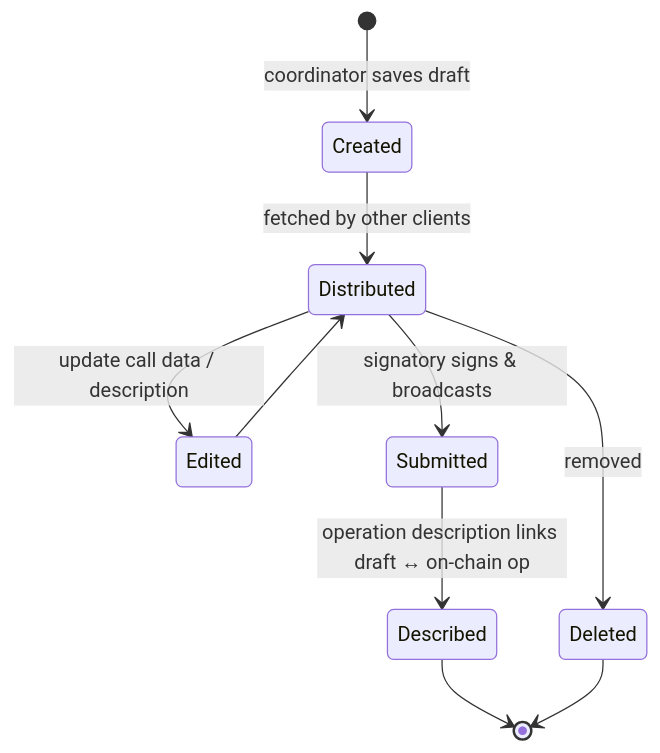
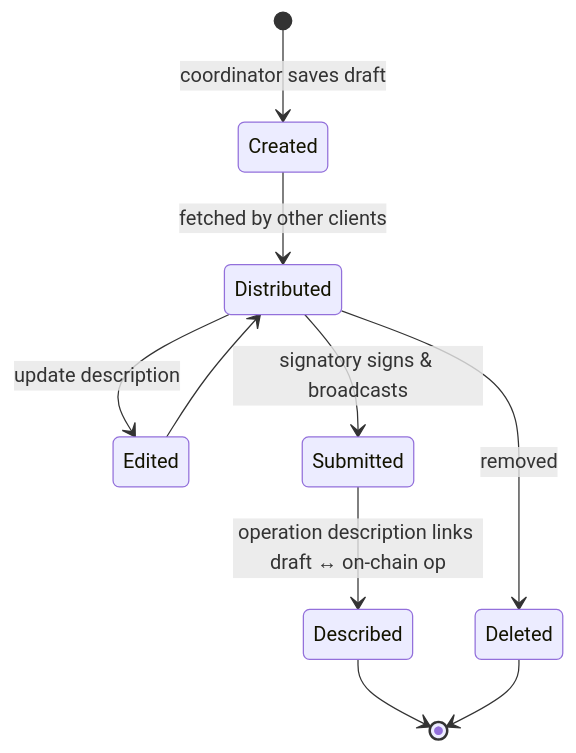
Before and after one commit to novasamatech/nova-spektr: the second of 2 diagrams in src/renderer/features/drafts/README.md, drawn with Mermaid. The commit also changed other lines of this file, not shown here.

Commit message:
docs: clarify only description is editable, call data is not

````diff
--- a/src/renderer/features/drafts/README.md
+++ b/src/renderer/features/drafts/README.md
@@ -125,12 +125,12 @@
 ```mermaid
 stateDiagram-v2
     [*] --> Created: coordinator saves draft
     Created --> Distributed: fetched by other clients
-    Distributed --> Edited: update call data / description
+    Distributed --> Edited: update description
     Edited --> Distributed
     Distributed --> Submitted: signatory signs & broadcasts
     Submitted --> Described: operation description links draft ↔ on-chain op
     Described --> [*]
     Distributed --> Deleted: removed
     Deleted --> [*]
 ```
````
